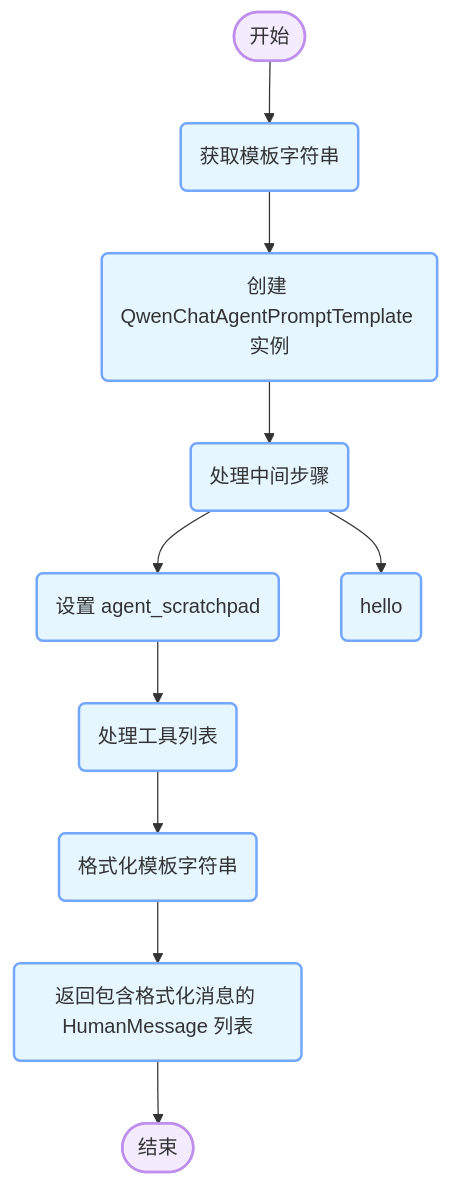
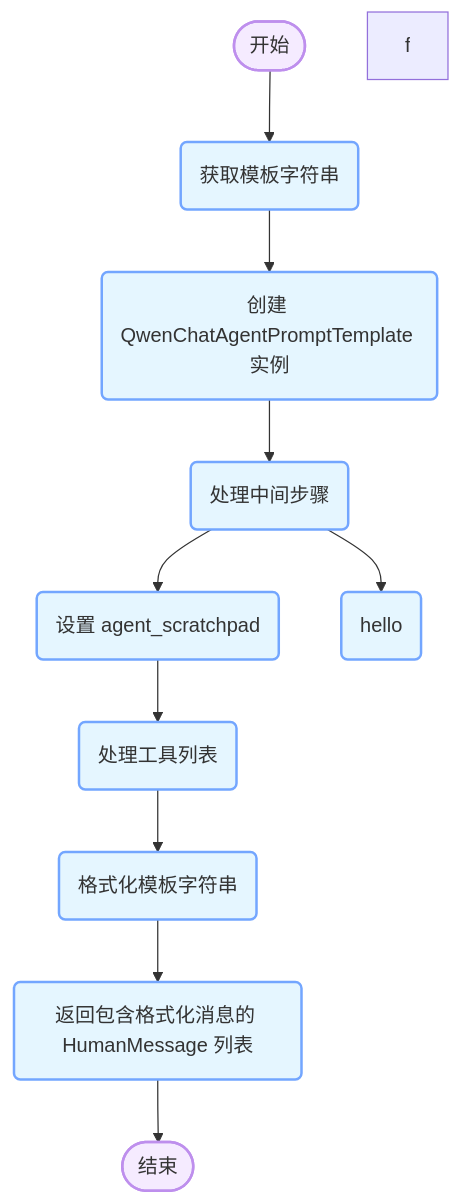
The diagram in all/未命名-2.md (sdgixfg/iodraw-files), drawn with Mermaid before and after one commit.

Commit message:
2025-05-24 15:54:09 update

````diff
--- a/all/未命名-2.md
+++ b/all/未命名-2.md
@@ -1,20 +1,20 @@
 ```mermaid
 flowchart TB
     classDef startend fill:#F5EBFF,stroke:#BE8FED,stroke-width:2px
     classDef process fill:#E5F6FF,stroke:#73A6FF,stroke-width:2px
     classDef decision fill:#FFF6CC,stroke:#FFBC52,stroke-width:2px
     
     A([开始]):::startend --> E(获取模板字符串):::process
     
     E --> F(创建 QwenChatAgentPromptTemplate 实例):::process
     F --> G(处理中间步骤):::process
 
     G --> H(设置 agent_scratchpad):::process
     H --> J(处理工具列表):::process
     %% I --> J(创建工具名称列表):::process
     J --> K(格式化模板字符串):::process
     K --> L(返回包含格式化消息的 HumanMessage 列表):::process
-    
-    G --> O(hello):::process
+    f
+        G --> O(hello):::process
     L --> M([结束]):::startend
 ```
````
